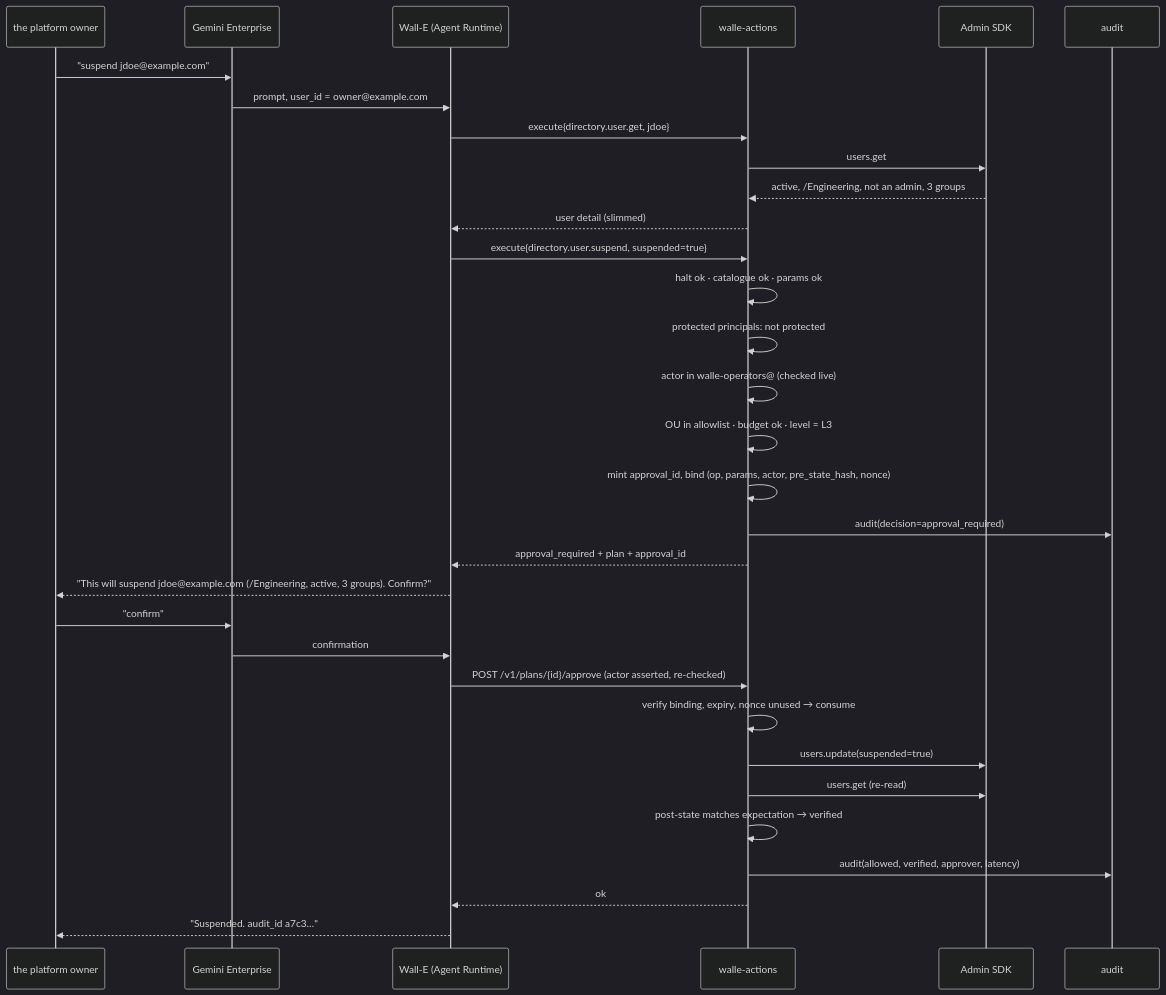
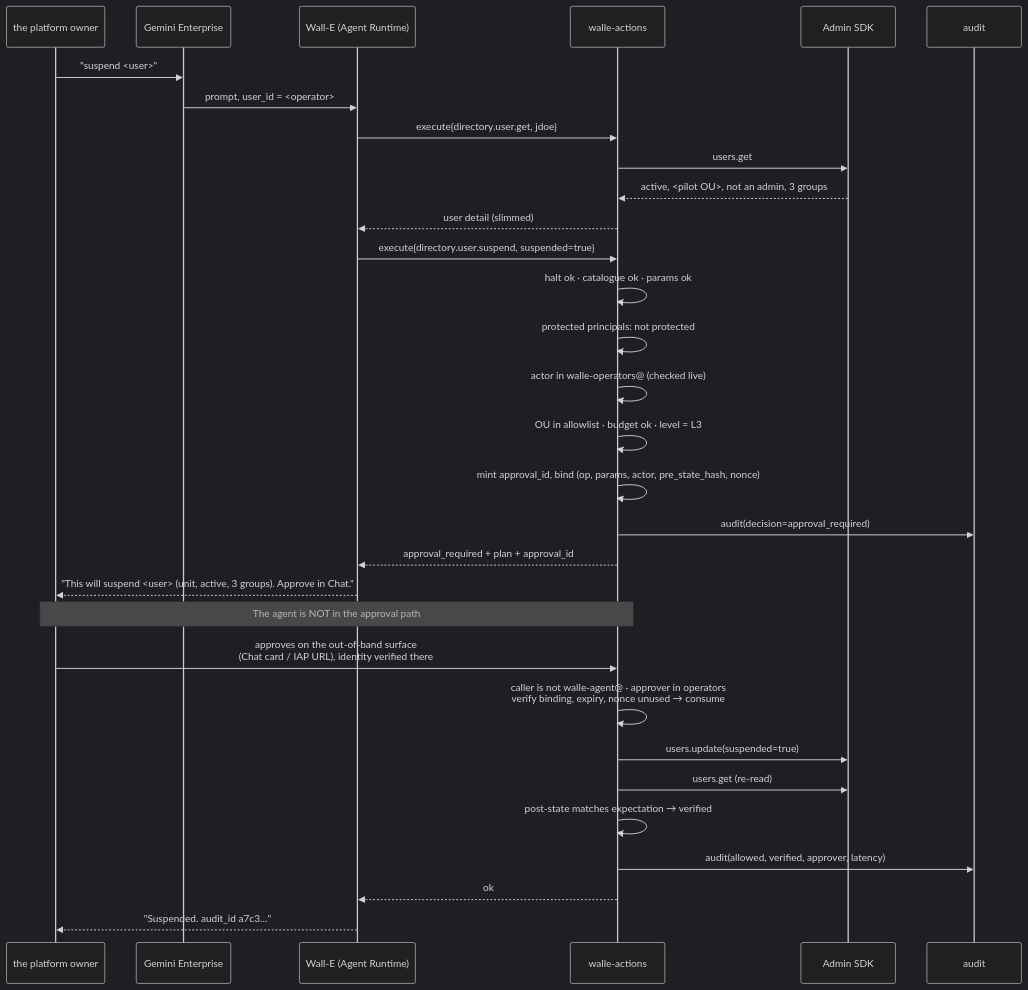
Before and after one commit to jsbdfgidsfg/agentic-platform: the first of 2 diagrams in platform/wall-e/04-flows.md, drawn with Mermaid (dark theme). The commit also changed other lines of this file and 10 other files, not shown here.

````diff
--- a/platform/wall-e/04-flows.md
+++ b/platform/wall-e/04-flows.md
@@ -14,35 +14,34 @@
 ```mermaid
 sequenceDiagram
     participant U as the platform owner
     participant GE as Gemini Enterprise
     participant AG as Wall-E (Agent Runtime)
     participant CR as walle-actions
     participant AD as Admin SDK
     participant BQ as audit
 
-    U->>GE: "suspend jdoe@example.com"
-    GE->>AG: prompt, user_id = owner@example.com
+    U->>GE: "suspend <user>"
+    GE->>AG: prompt, user_id = <operator>
     AG->>CR: execute{directory.user.get, jdoe}
     CR->>AD: users.get
-    AD-->>CR: active, /Engineering, not an admin, 3 groups
+    AD-->>CR: active, <pilot OU>, not an admin, 3 groups
     CR-->>AG: user detail (slimmed)
     AG->>CR: execute{directory.user.suspend, suspended=true}
     CR->>CR: halt ok · catalogue ok · params ok
     CR->>CR: protected principals: not protected
     CR->>CR: actor in walle-operators@ (checked live)
     CR->>CR: OU in allowlist · budget ok · level = L3
     CR->>CR: mint approval_id, bind (op, params, actor, pre_state_hash, nonce)
     CR->>BQ: audit(decision=approval_required)
     CR-->>AG: approval_required + plan + approval_id
-    AG-->>U: "This will suspend jdoe@example.com (/Engineering, active, 3 groups). Confirm?"
-    U->>GE: "confirm"
-    GE->>AG: confirmation
-    AG->>CR: POST /v1/plans/{id}/approve  (actor asserted, re-checked)
-    CR->>CR: verify binding, expiry, nonce unused → consume
+    AG-->>U: "This will suspend <user> (unit, active, 3 groups). Approve in Chat."
+    Note over U,CR: The agent is NOT in the approval path
+    U->>CR: approves on the out-of-band surface<br/>(Chat card / IAP URL), identity verified there
+    CR->>CR: caller is not walle-agent@ · approver in operators<br/>verify binding, expiry, nonce unused → consume
     CR->>AD: users.update(suspended=true)
     CR->>AD: users.get  (re-read)
     CR->>CR: post-state matches expectation → verified
     CR->>BQ: audit(allowed, verified, approver, latency)
     CR-->>AG: ok
     AG-->>U: "Suspended. audit_id a7c3…"
 ```
````
